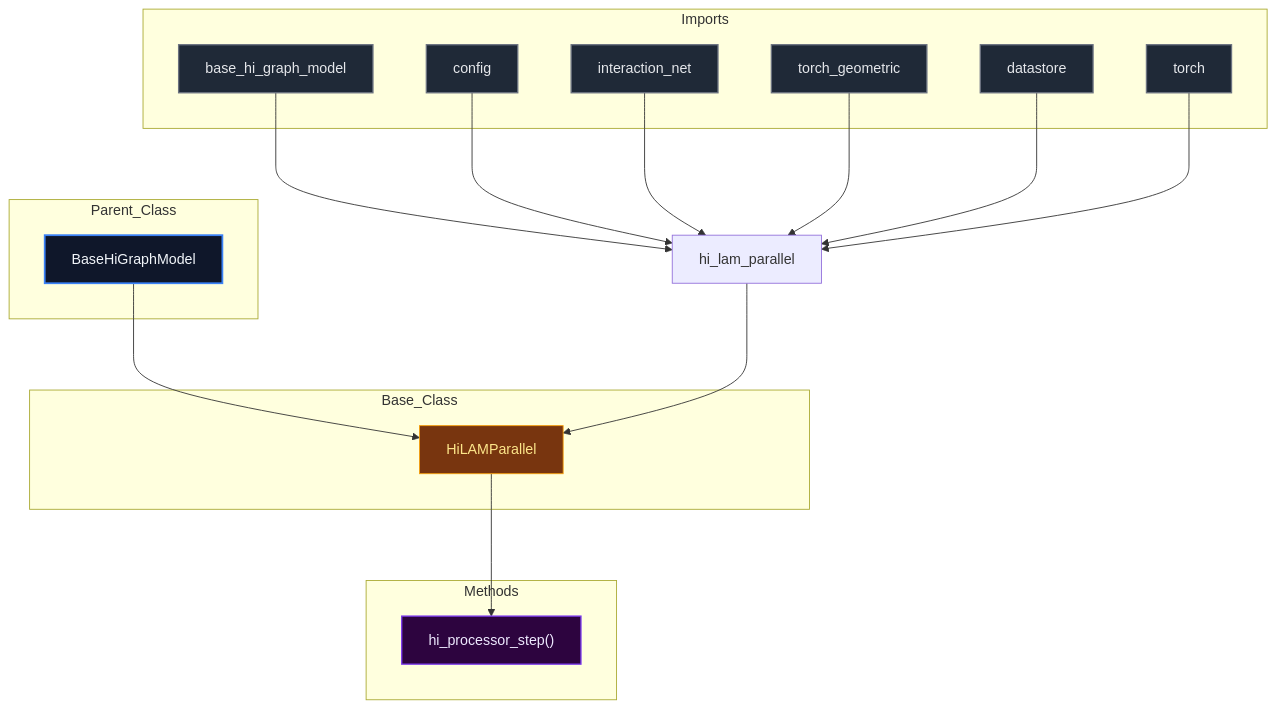
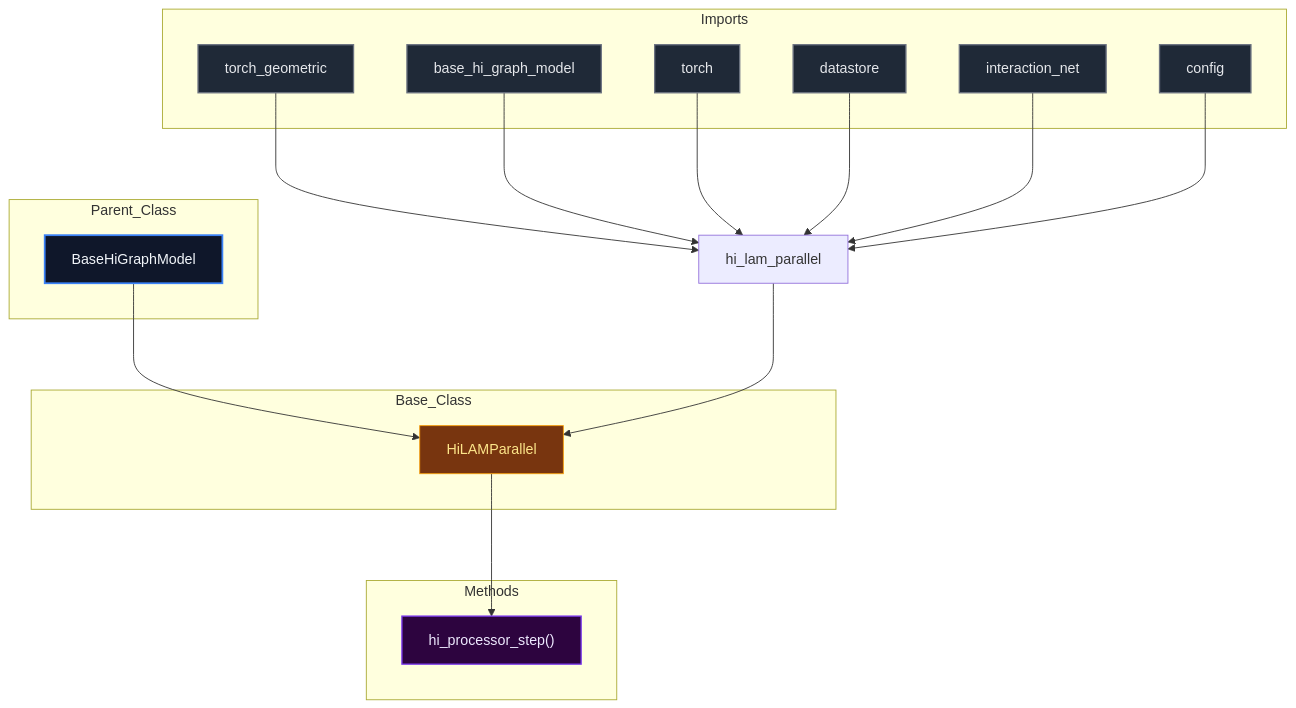
One commit to mllam/neural-lam changed the diagram in docs/diagrams/hi_lam_parallel_diagram.md. Above: the diagram before and after it, drawn with Mermaid. The commit also changed 18 other files, not shown here.

Commit message:
Auto-update Mermaid diagrams

````diff
--- a/docs/diagrams/hi_lam_parallel_diagram.md
+++ b/docs/diagrams/hi_lam_parallel_diagram.md
@@ -1,50 +1,50 @@
 ```mermaid
 %%{init: {'flowchart': {'nodeSpacing': 60, 'rankSpacing': 80}}}%%
 flowchart TD
 
 module["hi_lam_parallel"]
 
 subgraph Parent_Class
     BaseHiGraphModel["BaseHiGraphModel"]
 end
 
 subgraph Base_Class
     HiLAMParallel["HiLAMParallel"]
 end
 
     BaseHiGraphModel --> HiLAMParallel
 
 subgraph Imports
+    torch_geometric["torch_geometric"]
     base_hi_graph_model["base_hi_graph_model"]
+    torch["torch"]
+    datastore["datastore"]
+    interaction_net["interaction_net"]
     config["config"]
-    interaction_net["interaction_net"]
-    torch_geometric["torch_geometric"]
-    datastore["datastore"]
-    torch["torch"]
 end
 
+    torch_geometric --> module
     base_hi_graph_model --> module
+    torch --> module
+    datastore --> module
+    interaction_net --> module
     config --> module
-    interaction_net --> module
-    torch_geometric --> module
-    datastore --> module
-    torch --> module
     module --> HiLAMParallel
 
 subgraph Methods
     HiLAMParallel_hi_processor_step["hi_processor_step()"]
 end
 
     HiLAMParallel --> HiLAMParallel_hi_processor_step
 
 classDef parent fill:#0f172a,stroke:#3b82f6,stroke-width:2px,color:#f1f5f9,font-size:16px
 classDef base fill:#78350f,stroke:#f59e0b,stroke-width:1px,color:#fde68a,font-size:16px
 classDef import fill:#1f2937,stroke:#6b7280,stroke-width:1.5px,color:#e5e7eb,font-size:16px
 classDef method fill:#2d043f,stroke:#7c3aed,stroke-width:1.5px,color:#ede9fe,font-size:16px
 classDef callNode fill:#064e3b,stroke:#10b981,stroke-width:1.5px,color:#d1fae5,font-size:16px
 class BaseHiGraphModel parent
 class HiLAMParallel base
-class base_hi_graph_model,config,interaction_net,torch_geometric,datastore,torch import
+class torch_geometric,base_hi_graph_model,torch,datastore,interaction_net,config import
 class HiLAMParallel_hi_processor_step method
 
 ```
````
